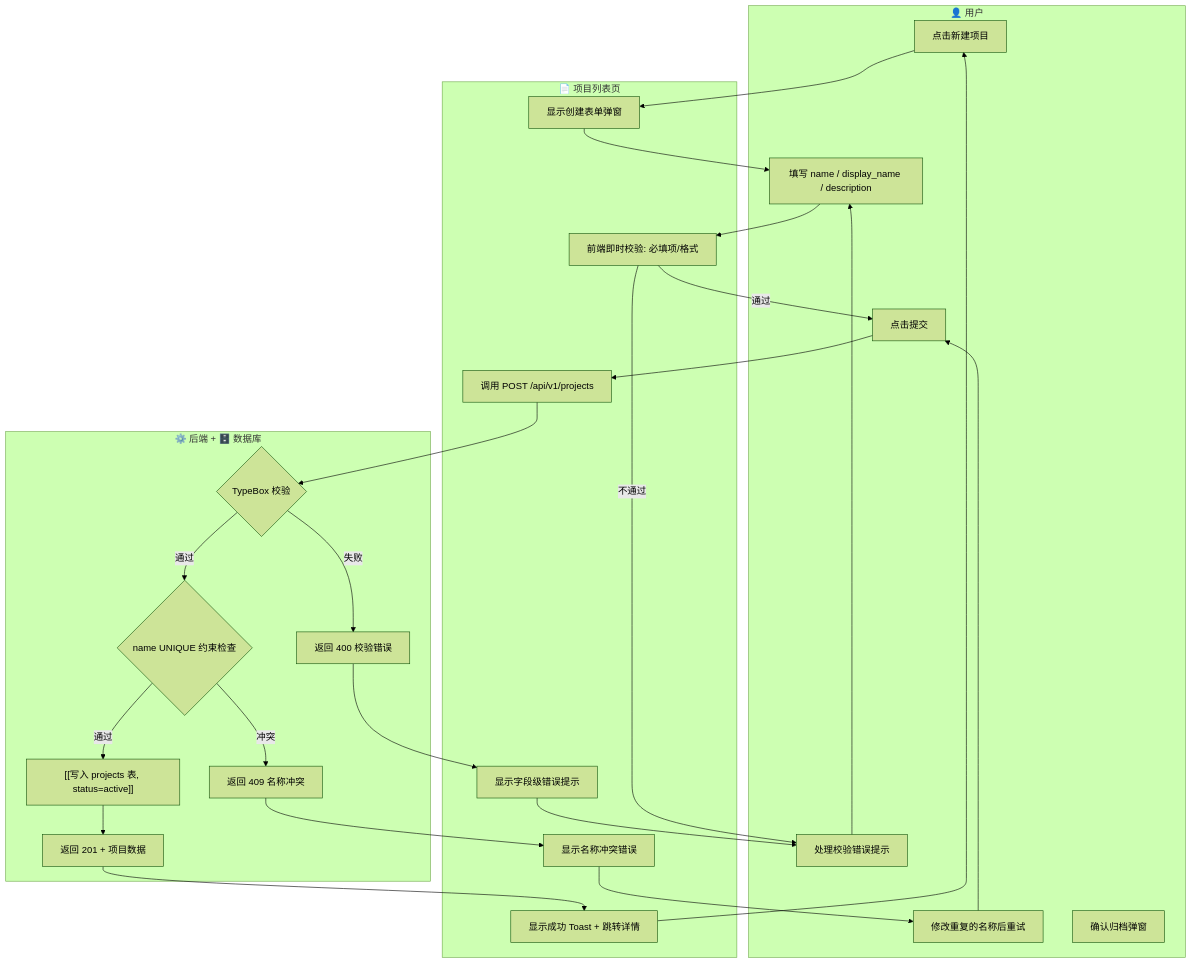
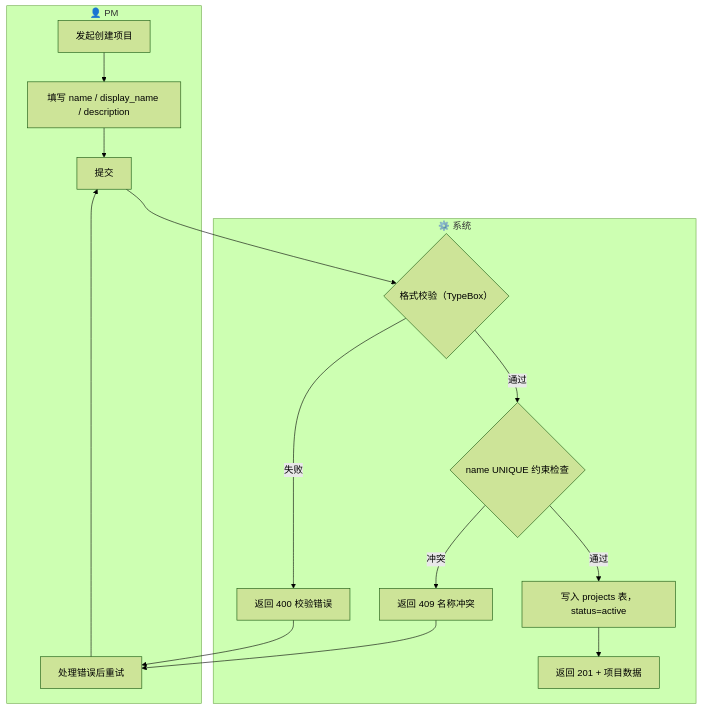
Before and after one commit to kai-cui1/ai-prototype-manager: the second of 3 diagrams in docs/03-prd-ux/modules/project-management/project-management-prd.md, drawn with Mermaid (forest theme). The commit also changed other lines of this file and 144 other files, not shown here.

````diff
--- a/docs/03-prd-ux/modules/project-management/project-management-prd.md
+++ b/docs/03-prd-ux/modules/project-management/project-management-prd.md
@@ -147,50 +119,30 @@
 ```mermaid
 flowchart TD
-    subgraph User["👤 用户"]
-        U1["点击新建项目"]
+    subgraph Actor["👤 PM"]
+        U1["发起创建项目"]
         U2["填写 name / display_name / description"]
-        U3["点击提交"]
-        U4["处理校验错误提示"]
-        U5["修改重复的名称后重试"]
-        U6["确认归档弹窗"]
+        U3["提交"]
+        U4["处理错误后重试"]
     end
 
-    subgraph Page["📄 项目列表页"]
-        P1["显示创建表单弹窗"]
-        P2["前端即时校验: 必填项/格式"]
-        P3["调用 POST /api/v1/projects"]
-        P4["显示字段级错误提示"]
-        P5["显示名称冲突错误"]
-        P6["显示成功 Toast + 跳转详情"]
+    subgraph System["⚙️ 系统"]
+        S1{"格式校验（TypeBox）"}
+        S2{"name UNIQUE 约束检查"}
+        S3["写入 projects 表，status=active"]
+        S4["返回 201 + 项目数据"]
+        S5["返回 400 校验错误"]
+        S6["返回 409 名称冲突"]
     end
 
-    subgraph API_DB["⚙️ 后端 + 🗄️ 数据库"]
-        A1{"TypeBox 校验"}
-        A2{"name UNIQUE 约束检查"}
-        A3["[[写入 projects 表, status=active]]"]
-        A4["返回 201 + 项目数据"]
-        A5["返回 400 校验错误"]
-        A6["返回 409 名称冲突"]
-    end
-
-    U1 --> P1
-    P1 --> U2
-    U2 --> P2
-    P2 --> |通过| U3
-    P2 --> |不通过| U4
-    U4 --> U2
-    U3 --> P3
-    P3 --> A1
-    A1 --> |失败| A5
-    A5 --> P4
-    P4 --> U4
-    A1 --> |通过| A2
-    A2 --> |冲突| A6
-    A6 --> P5
-    P5 --> U5
-    U5 --> U3
-    A2 --> |通过| A3
-    A3 --> A4
-    A4 --> P6
-    P6 --> U1
+    U1 --> U2
+    U2 --> U3
+    U3 --> S1
+    S1 --> |失败| S5
+    S5 --> U4
+    U4 --> U3
+    S1 --> |通过| S2
+    S2 --> |冲突| S6
+    S6 --> U4
+    S2 --> |通过| S3
+    S3 --> S4
 ```
````
